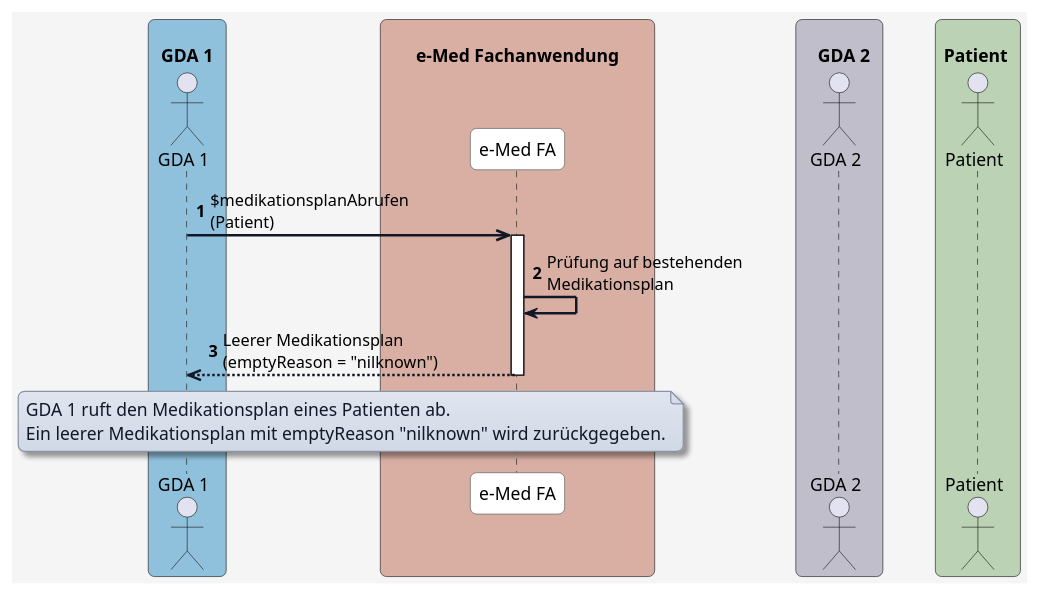
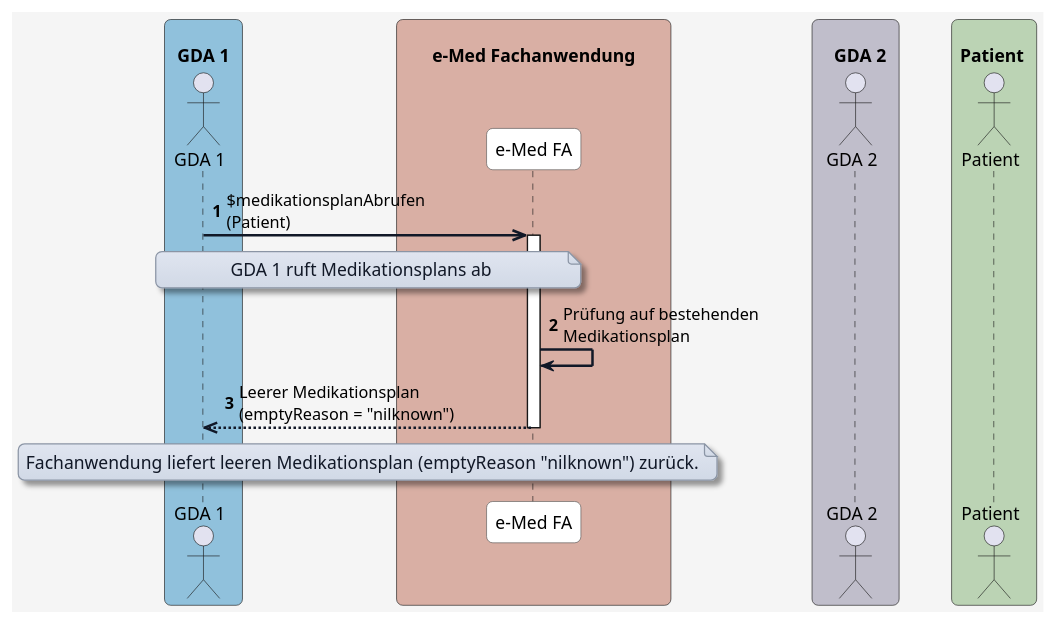
One commit to HL7Austria/ELGA-e-Medikation-R4 changed the diagram in input/images-source/UC_06_02.plantuml. Above: the diagram before and after it, drawn with PlantUML. The commit also changed 6 other files, not shown here.

Commit message:
Add workflow state diagrams (list-flag, planeintrag-status)

```diff
--- a/input/images-source/UC_06_02.plantuml
+++ b/input/images-source/UC_06_02.plantuml
@@ -1,74 +1,77 @@
 @startuml
 skinparam borderColor #000000
 skinparam backgroundColor #f5f5f5
 skinparam shadowing false
 skinparam roundCorner 10
 skinparam defaultFontName "Arial"
 skinparam defaultFontSize 14
 skinparam defaultFontColor #000000
 
 skinparam note {
   BackgroundColor #e0e5f0-#d1d9e6
   BorderColor #8b95a5
   BorderThickness 1
   RoundCorner 8
   Padding 6
   FontColor #111827
   Shadowing true
 }
 
 skinparam HyperlinkColor #0000EE
 skinparam HyperlinkUnderline false
 
 skinparam sequence {
   ParticipantBorderColor #555555
   ParticipantBackgroundColor #ffffff
   ParticipantFontColor #000000
   ParticipantFontSize 14
   ParticipantPadding 20
   ArrowColor #111827
   ArrowThickness 2
   ArrowFontColor #000000
   ArrowFontSize 13
   GroupBorderColor #111827
   GroupBackgroundColor #f3f4f6
   GroupBorderThickness 1
 }
 
 skinparam BoxPadding 20
 skinparam BoxBorderColor #555555
 
 box "\n  GDA 1  " #90C1DC
   actor GDA_1 as "GDA 1"
 end box
 
 box "\n       e-Med Fachanwendung       " #D9AFA4
   participant eMed_FA as "e-Med FA"
 end box
 
 box "\n    GDA 2  " #C0BECB
   actor GDA_2 as "GDA 2"
 end box
 
 box "\n Patient  " #BBD3B4
   actor Patient as "Patient"
 end box
 
 autonumber
 
 
 GDA_1 ->> eMed_FA: $medikationsplanAbrufen\n(Patient)
 
+note over GDA_1, eMed_FA
+GDA 1 ruft Medikationsplans ab
+end note
+
 activate eMed_FA
 eMed_FA -> eMed_FA: Prüfung auf bestehenden\nMedikationsplan
 
 eMed_FA -->> GDA_1: Leerer Medikationsplan\n(emptyReason = "nilknown")
 
 deactivate eMed_FA
 
 note over GDA_1, eMed_FA
-GDA 1 ruft den Medikationsplan eines Patienten ab. 
-Ein leerer Medikationsplan mit emptyReason "nilknown" wird zurückgegeben.
+Fachanwendung liefert leeren Medikationsplan (emptyReason "nilknown") zurück.
 end note
 
 @enduml
```
